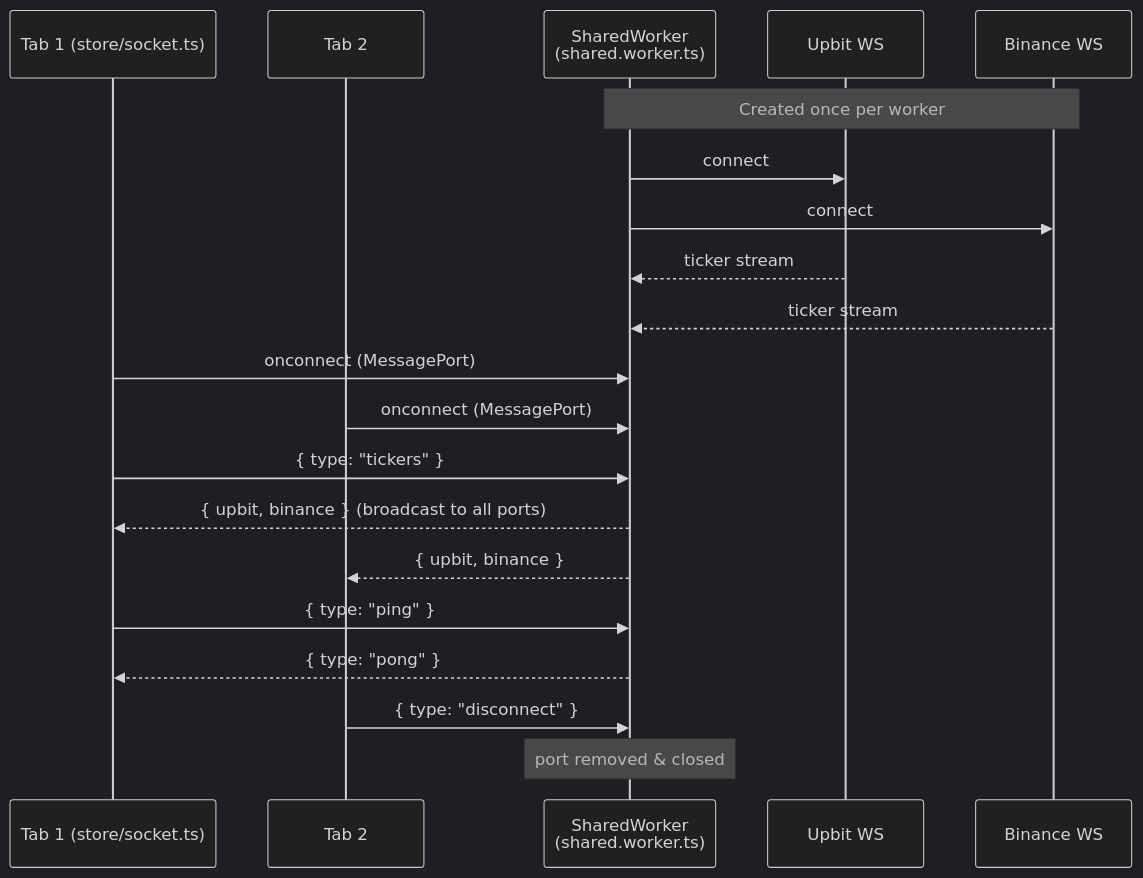
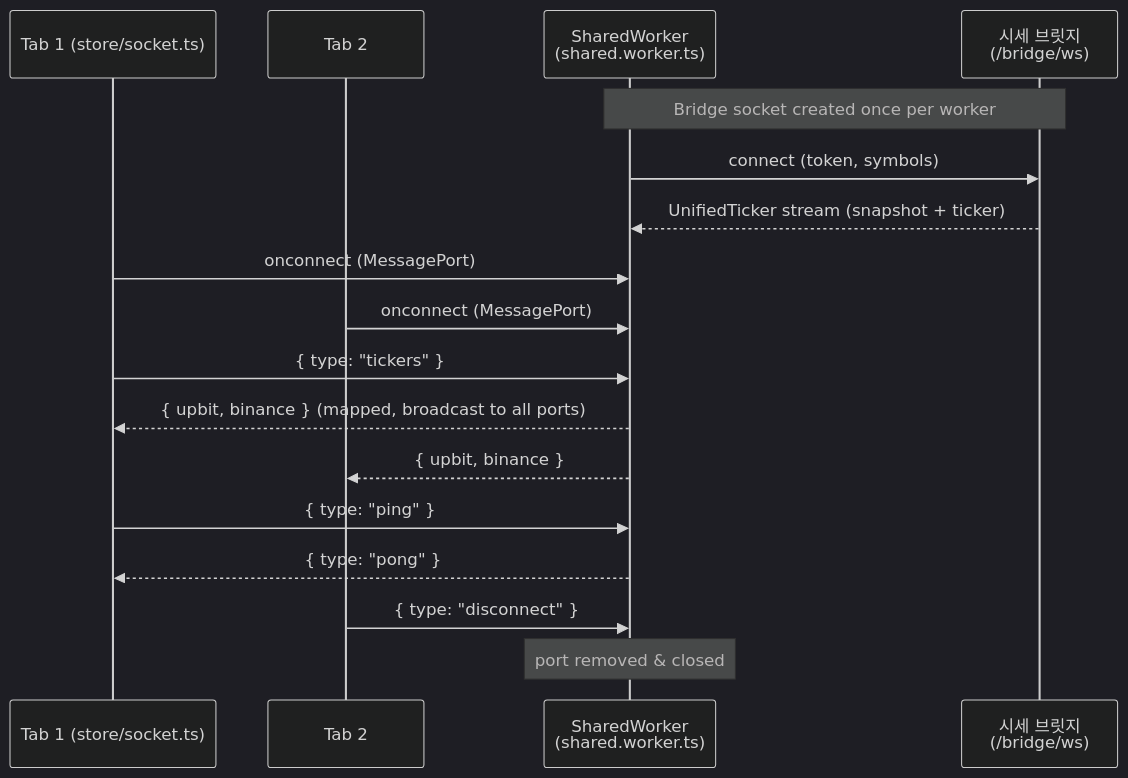
The first of 3 diagrams in .claude/reference/architecture.md (leye195/coinat-v2), drawn with Mermaid (dark theme) before and after one commit. The commit also changed other lines of this file and 3 other files, not shown here.

First line of the commit message:
docs(web): update reference docs for bridge-backed ticker source

````diff
--- a/.claude/reference/architecture.md
+++ b/.claude/reference/architecture.md
@@ -7,26 +7,23 @@
 ```mermaid
 sequenceDiagram
     participant T1 as Tab 1 (store/socket.ts)
     participant T2 as Tab 2
     participant SW as SharedWorker<br/>(shared.worker.ts)
-    participant UP as Upbit WS
-    participant BN as Binance WS
+    participant BR as 시세 브릿지<br/>(/bridge/ws)
 
-    Note over SW,BN: Created once per worker
-    SW->>UP: connect
-    SW->>BN: connect
-    UP-->>SW: ticker stream
-    BN-->>SW: ticker stream
+    Note over SW,BR: Bridge socket created once per worker
+    SW->>BR: connect (token, symbols)
+    BR-->>SW: UnifiedTicker stream (snapshot + ticker)
 
     T1->>SW: onconnect (MessagePort)
     T2->>SW: onconnect (MessagePort)
 
     T1->>SW: { type: "tickers" }
-    SW-->>T1: { upbit, binance } (broadcast to all ports)
+    SW-->>T1: { upbit, binance } (mapped, broadcast to all ports)
     SW-->>T2: { upbit, binance }
 
     T1->>SW: { type: "ping" }
     SW-->>T1: { type: "pong" }
     T2->>SW: { type: "disconnect" }
     Note over SW: port removed & closed
 ```
````
